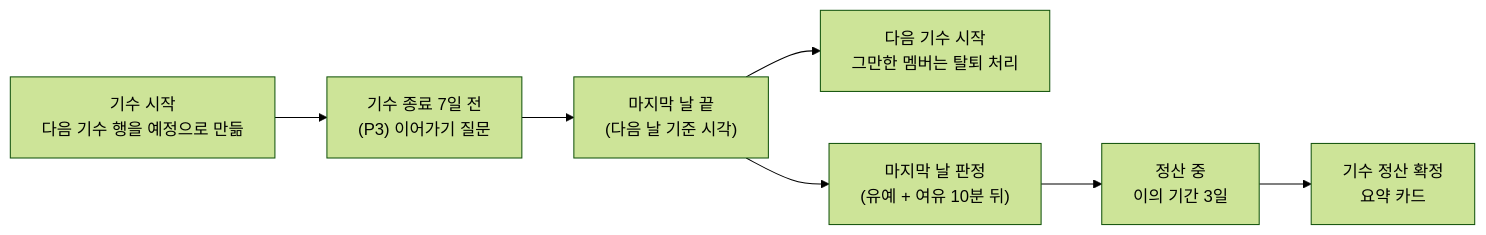
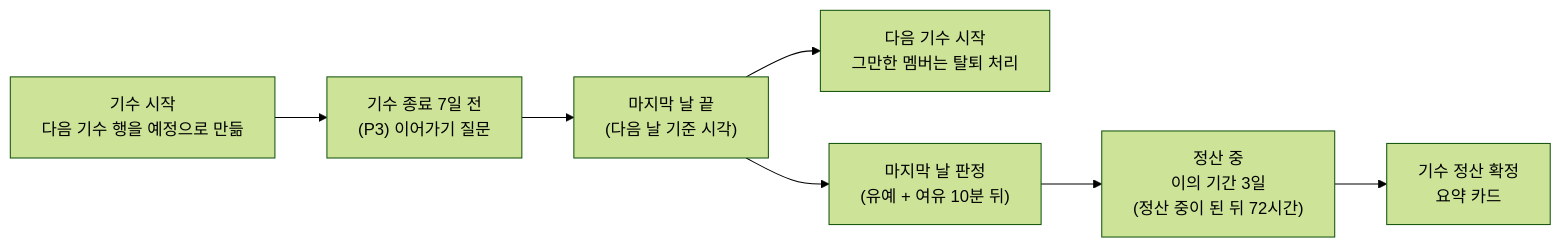
Before and after one commit to Duskafka/codingtest-harness: the diagram in docs/spec/processes/5.13-season.md, drawn with Mermaid (forest theme). The commit also changed other lines of this file and 7 other files, not shown here.

````diff
--- a/docs/spec/processes/5.13-season.md
+++ b/docs/spec/processes/5.13-season.md
@@ -5,9 +5,9 @@
 ```mermaid
 flowchart LR
     S["기수 시작<br/>다음 기수 행을 예정으로 만듦"] --> A["기수 종료 7일 전<br/>(P3) 이어가기 질문"]
     A --> X["마지막 날 끝<br/>(다음 날 기준 시각)"]
     X --> E["다음 기수 시작<br/>그만한 멤버는 탈퇴 처리"]
     X --> B["마지막 날 판정<br/>(유예 + 여유 10분 뒤)"]
-    B --> C["정산 중<br/>이의 기간 3일"]
+    B --> C["정산 중<br/>이의 기간 3일<br/>(정산 중이 된 뒤 72시간)"]
     C --> D["기수 정산 확정<br/>요약 카드"]
 ```
````
